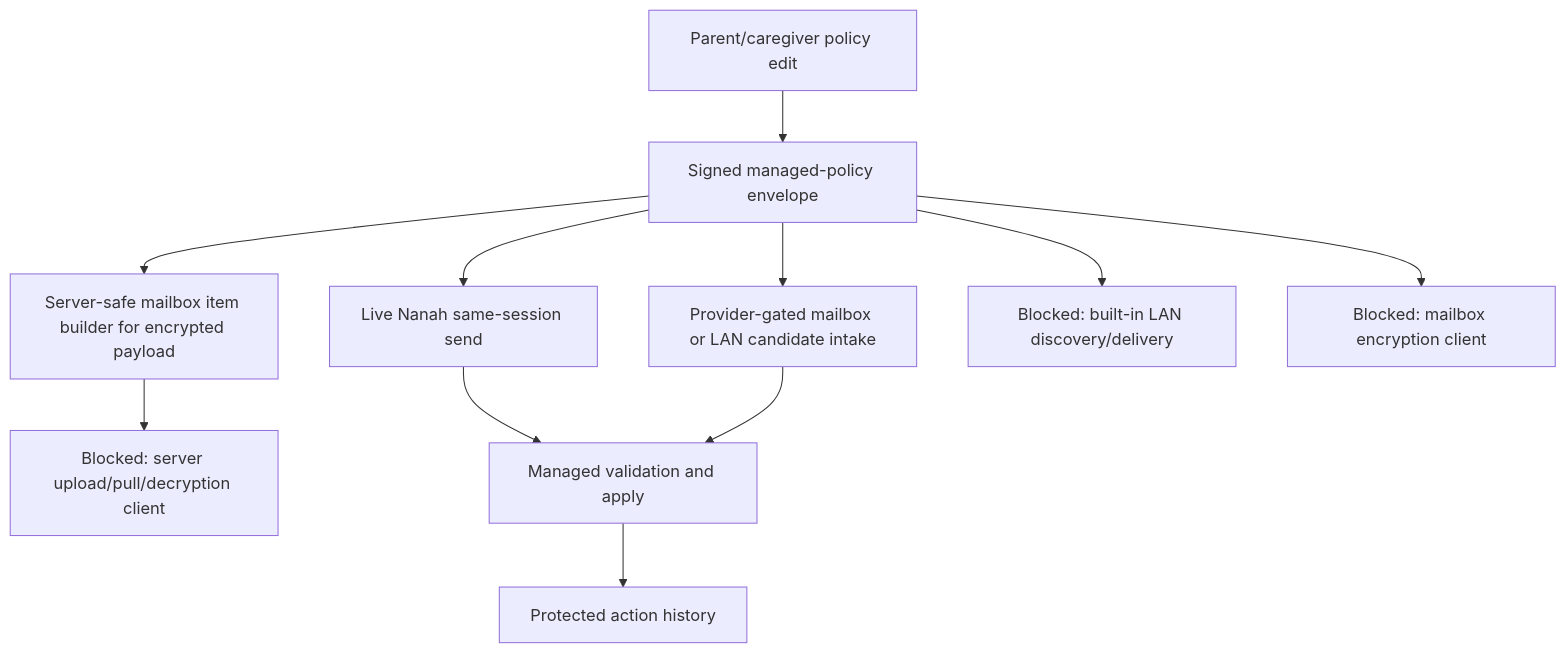
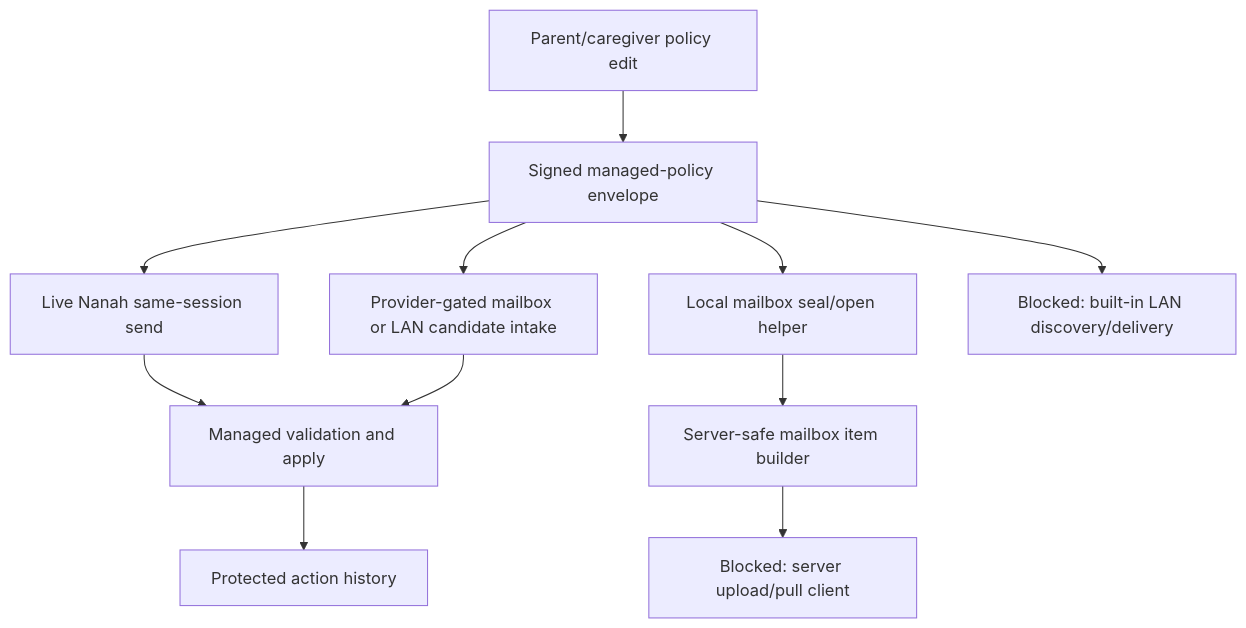
The diagram in docs/audit/FILTERTUBE_NANAH_MANAGED_POLICY_REMOTE_DELIVERY_RELEASE_READINESS_GATE_2026-06-05.md (varshneydevansh/FilterTube), drawn with Mermaid before and after one commit. The commit also changed other lines of this file and 39 other files, not shown here.

Commit message:
feat: add managed mailbox seal open helpers

````diff
--- a/docs/audit/FILTERTUBE_NANAH_MANAGED_POLICY_REMOTE_DELIVERY_RELEASE_READINESS_GATE_2026-06-05.md
+++ b/docs/audit/FILTERTUBE_NANAH_MANAGED_POLICY_REMOTE_DELIVERY_RELEASE_READINESS_GATE_2026-06-05.md
@@ -46,13 +48,13 @@
 ```mermaid
 flowchart TD
   A["Parent/caregiver policy edit"] --> B["Signed managed-policy envelope"]
   B --> C["Live Nanah same-session send"]
-  B --> D["Server-safe mailbox item builder for encrypted payload"]
-  D --> I["Blocked: server upload/pull/decryption client"]
+  B --> D["Local mailbox seal/open helper"]
+  D --> K["Server-safe mailbox item builder"]
+  K --> I["Blocked: server upload/pull client"]
   B --> J["Provider-gated mailbox or LAN candidate intake"]
   C --> E["Managed validation and apply"]
   J --> E
   E --> F["Protected action history"]
   B --> G["Blocked: built-in LAN discovery/delivery"]
-  B --> H["Blocked: mailbox encryption client"]
 ```
````
